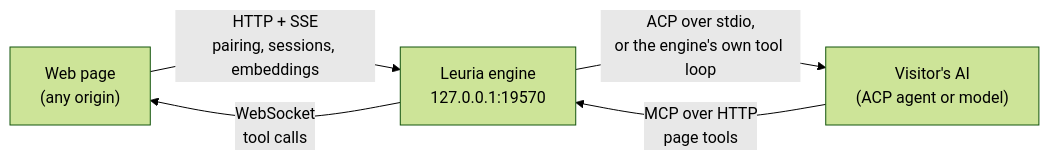
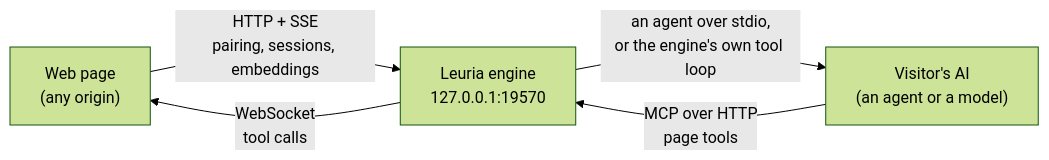
One commit to leur-ia/leuria changed the first of 3 diagrams in docs/developers/protocol.md. Above: the diagram before and after it, drawn with Mermaid (forest theme). The commit also changed other lines of this file and 8 other files, not shown here.

````diff
--- a/docs/developers/protocol.md
+++ b/docs/developers/protocol.md
@@ -17,10 +17,10 @@
 ```mermaid
 flowchart LR
   page["Web page<br/>(any origin)"]
   engine["Leuria engine<br/>127.0.0.1:19570"]
-  agent["Visitor's AI<br/>(ACP agent or model)"]
+  agent["Visitor's AI<br/>(an agent or a model)"]
   page -- "HTTP + SSE<br/>pairing, sessions, embeddings" --> engine
   engine -- "WebSocket<br/>tool calls" --> page
-  engine -- "ACP over stdio,<br/>or the engine's own tool loop" --> agent
+  engine -- "an agent over stdio,<br/>or the engine's own tool loop" --> agent
   agent -- "MCP over HTTP<br/>page tools" --> engine
 ```
````
